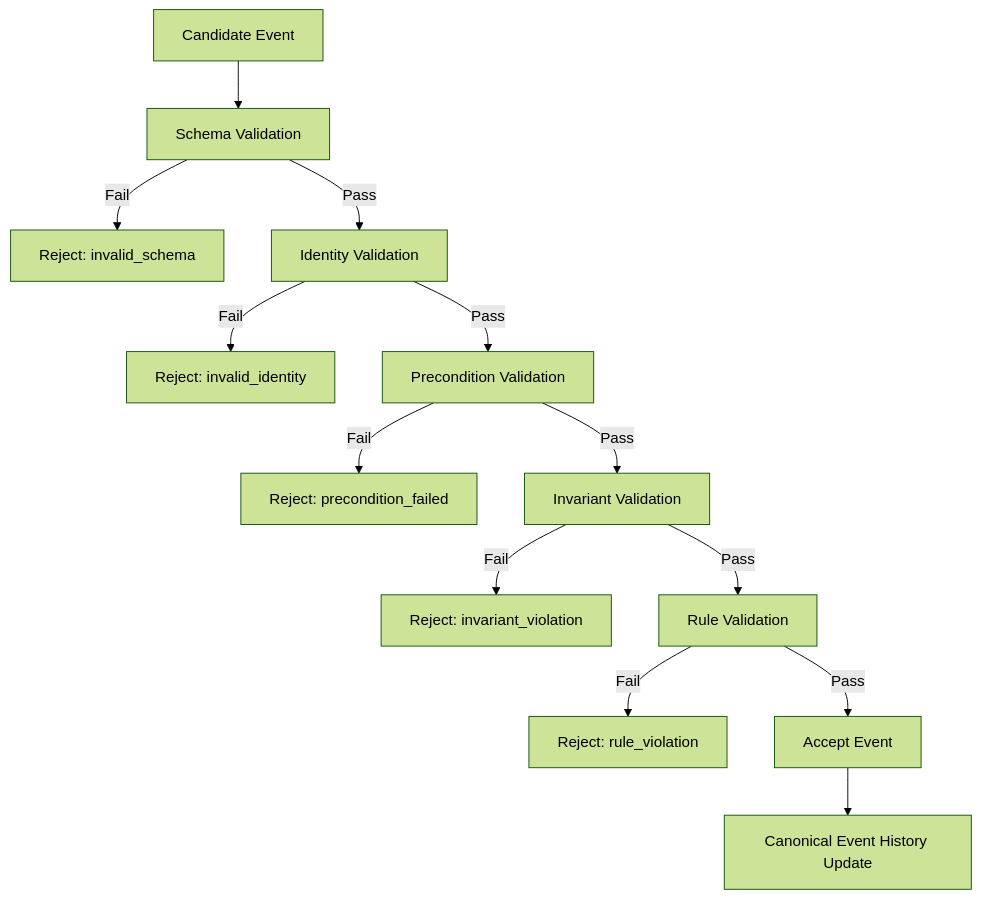
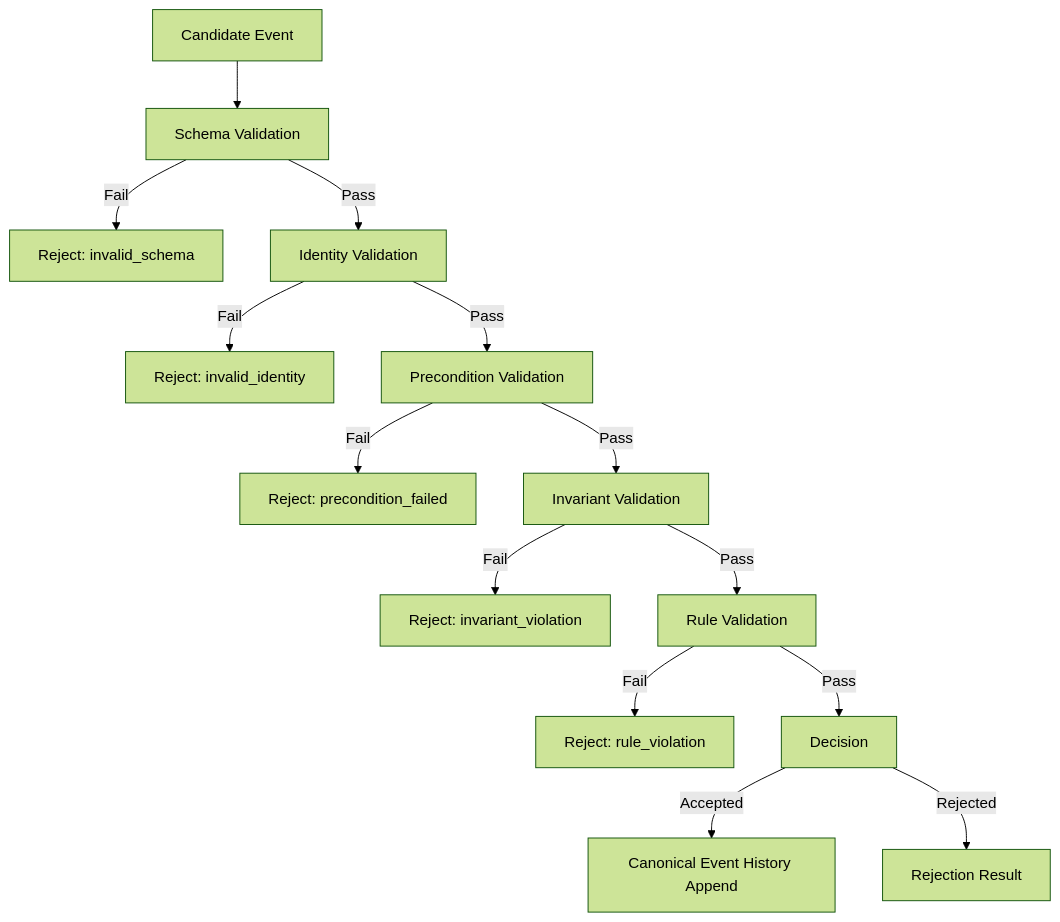
Before and after one commit to godofthunder101/crypsa-architecture: the diagram in spec/CrypSA_Runtime_Spec_v0.1.md, drawn with Mermaid (forest theme). The commit also changed other lines of this file, not shown here.

Commit message:
Update terminology and clarify event processing

````diff
--- a/spec/CrypSA_Runtime_Spec_v0.1.md
+++ b/spec/CrypSA_Runtime_Spec_v0.1.md
@@ -322,22 +319,23 @@
 ```mermaid
 flowchart TD
 
 A[Candidate Event] --> B[Schema Validation]
 
 B -->|Fail| R1[Reject: invalid_schema]
 B -->|Pass| C[Identity Validation]
 
 C -->|Fail| R2[Reject: invalid_identity]
 C -->|Pass| D[Precondition Validation]
 
 D -->|Fail| R3[Reject: precondition_failed]
 D -->|Pass| E[Invariant Validation]
 
 E -->|Fail| R4[Reject: invariant_violation]
 E -->|Pass| F[Rule Validation]
 
 F -->|Fail| R5[Reject: rule_violation]
-F -->|Pass| G[Accept Event]
+F -->|Pass| G[Decision]
 
-G --> H[Canonical Event History Update]
+G -->|Accepted| H[Canonical Event History Append]
+G -->|Rejected| R6[Rejection Result]
 ```
````
